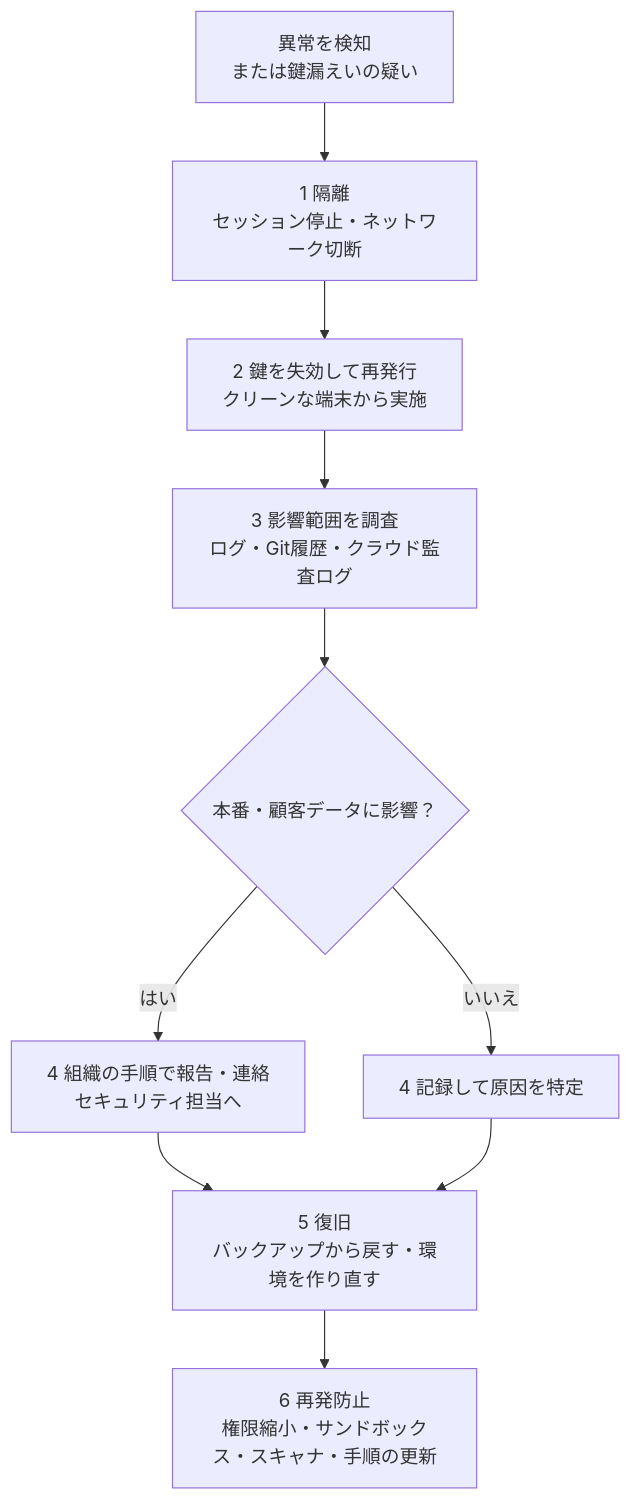
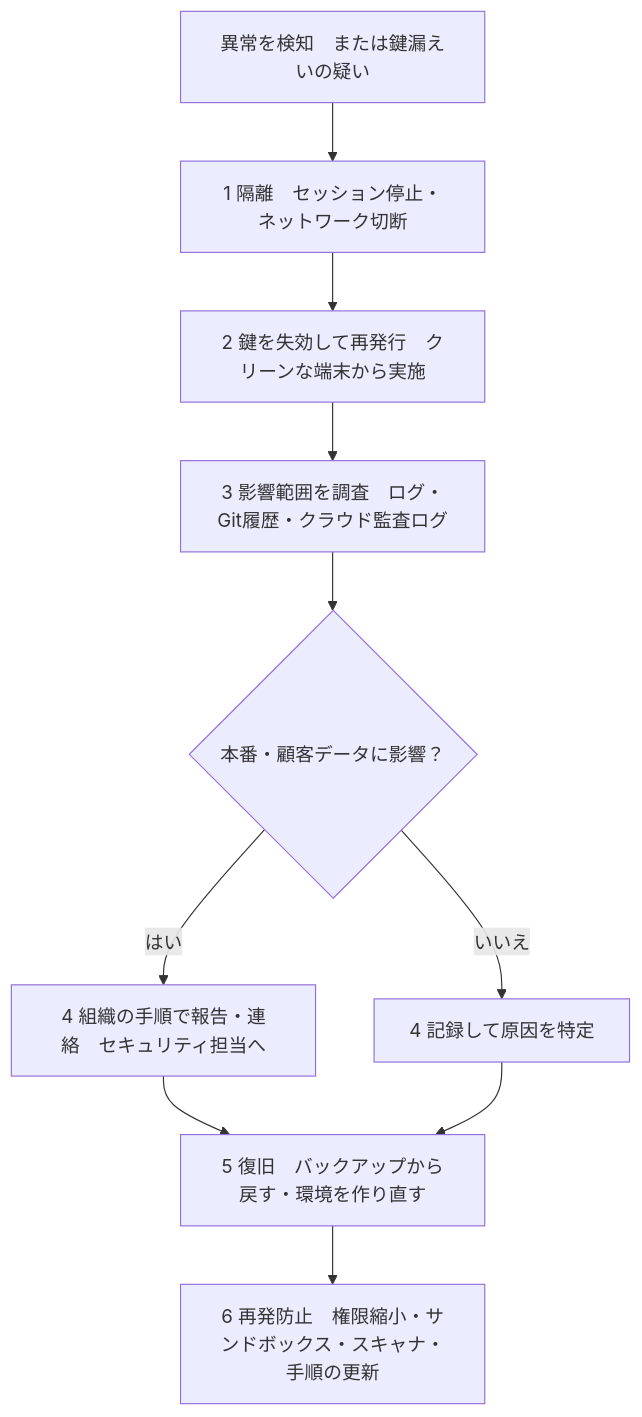
The eighth of 9 diagrams in Ai-coding-safety-guide.md (myoshi2891/Security_Studies), drawn with Mermaid before and after one commit. The commit also changed other lines of this file, not shown here.

Commit message:
docs(ai-coding): replace br tags with fullwidth spaces in mermaid diagrams

````diff
--- a/Ai-coding-safety-guide.md
+++ b/Ai-coding-safety-guide.md
@@ -745,12 +745,12 @@
 ```mermaid
 flowchart TD
-    A["異常を検知<br/>または鍵漏えいの疑い"] --> B["1 隔離<br/>セッション停止・ネットワーク切断"]
-    B --> C["2 鍵を失効して再発行<br/>クリーンな端末から実施"]
-    C --> D["3 影響範囲を調査<br/>ログ・Git履歴・クラウド監査ログ"]
+    A["異常を検知　または鍵漏えいの疑い"] --> B["1 隔離　セッション停止・ネットワーク切断"]
+    B --> C["2 鍵を失効して再発行　クリーンな端末から実施"]
+    C --> D["3 影響範囲を調査　ログ・Git履歴・クラウド監査ログ"]
     D --> E{"本番・顧客データに影響？"}
-    E -->|"はい"| F["4 組織の手順で報告・連絡<br/>セキュリティ担当へ"]
+    E -->|"はい"| F["4 組織の手順で報告・連絡　セキュリティ担当へ"]
     E -->|"いいえ"| G["4 記録して原因を特定"]
-    F --> H["5 復旧<br/>バックアップから戻す・環境を作り直す"]
+    F --> H["5 復旧　バックアップから戻す・環境を作り直す"]
     G --> H
-    H --> I["6 再発防止<br/>権限縮小・サンドボックス・スキャナ・手順の更新"]
+    H --> I["6 再発防止　権限縮小・サンドボックス・スキャナ・手順の更新"]
 ```
````
